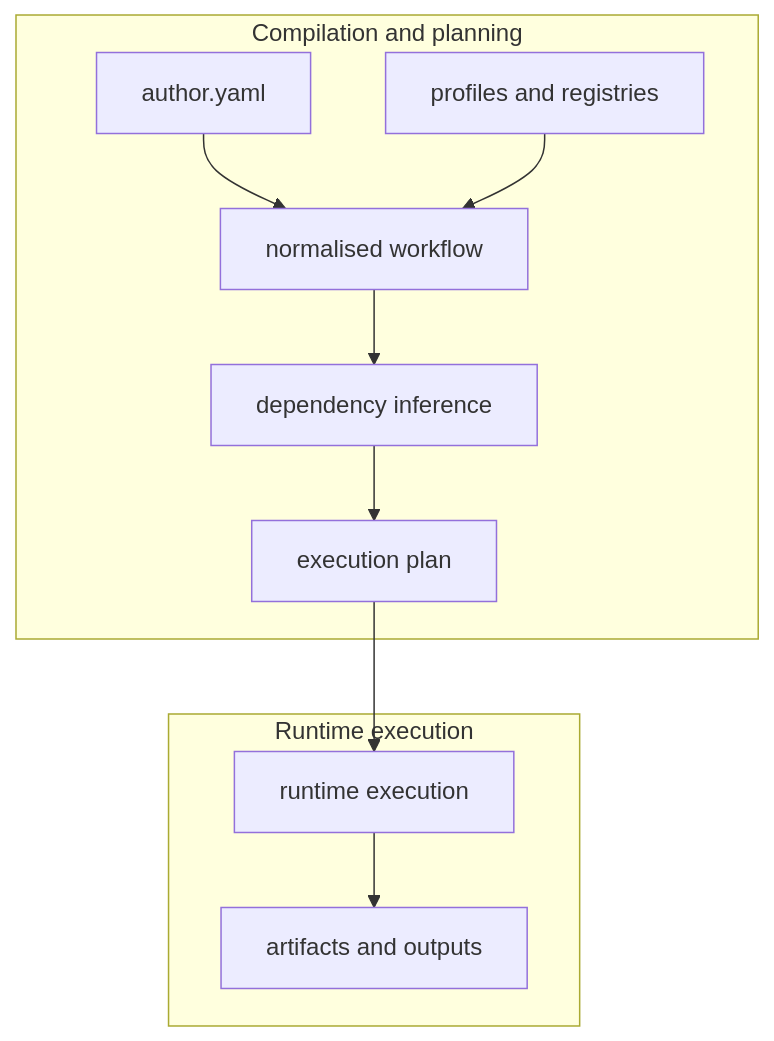
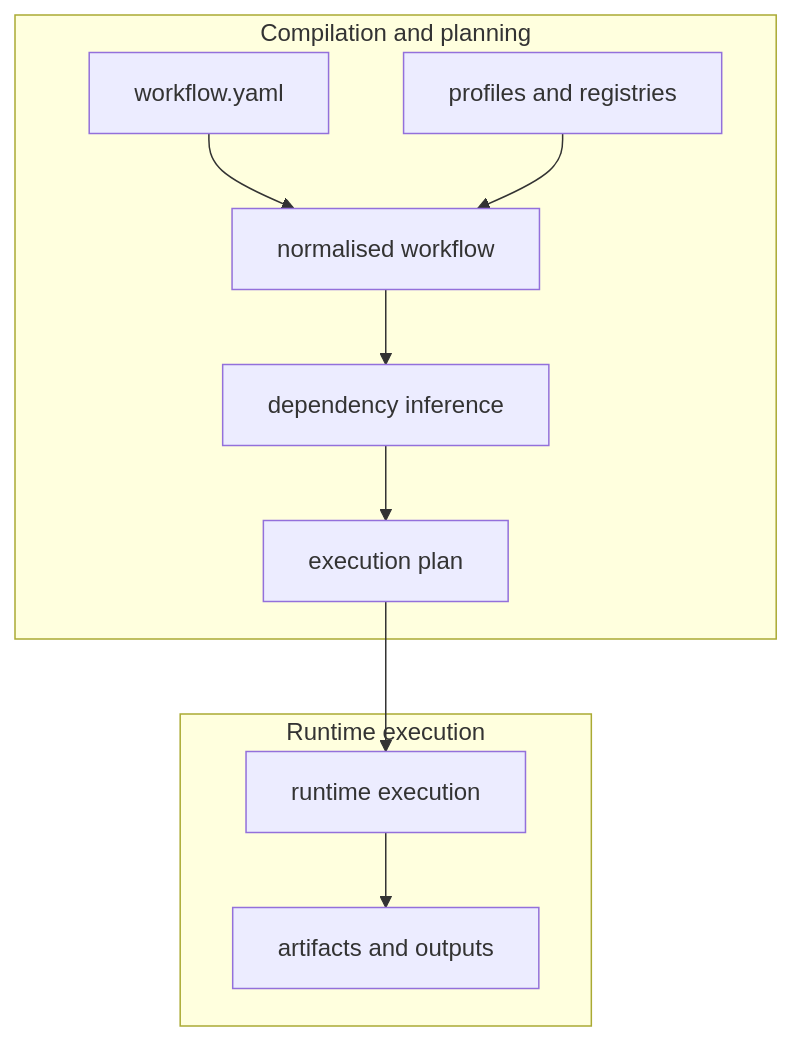
The first of 2 diagrams in docs/overview.md (FAST-HEP/fasthep-workshop), drawn with Mermaid before and after one commit. The commit also changed other lines of this file and 53 other files, not shown here.

Commit message:
refactor(author->workflow): update language based on talk and paper

````diff
--- a/docs/overview.md
+++ b/docs/overview.md
@@ -6,25 +6,25 @@
 ```{mermaid}
 flowchart TD
 
     subgraph Compile["Compilation and planning"]
-        Author["author.yaml"]
+        Author["workflow.yaml"]
         Profiles["profiles and registries"]
         Normalised["normalised workflow"]
         Dependency["dependency inference"]
         Plan["execution plan"]
 
         Author --> Normalised
         Profiles --> Normalised
         Normalised --> Dependency
         Dependency --> Plan
     end
 
     subgraph Execute["Runtime execution"]
         Runtime["runtime execution"]
         Outputs["artifacts and outputs"]
 
         Runtime --> Outputs
     end
 
     Plan --> Runtime
 ```
````
